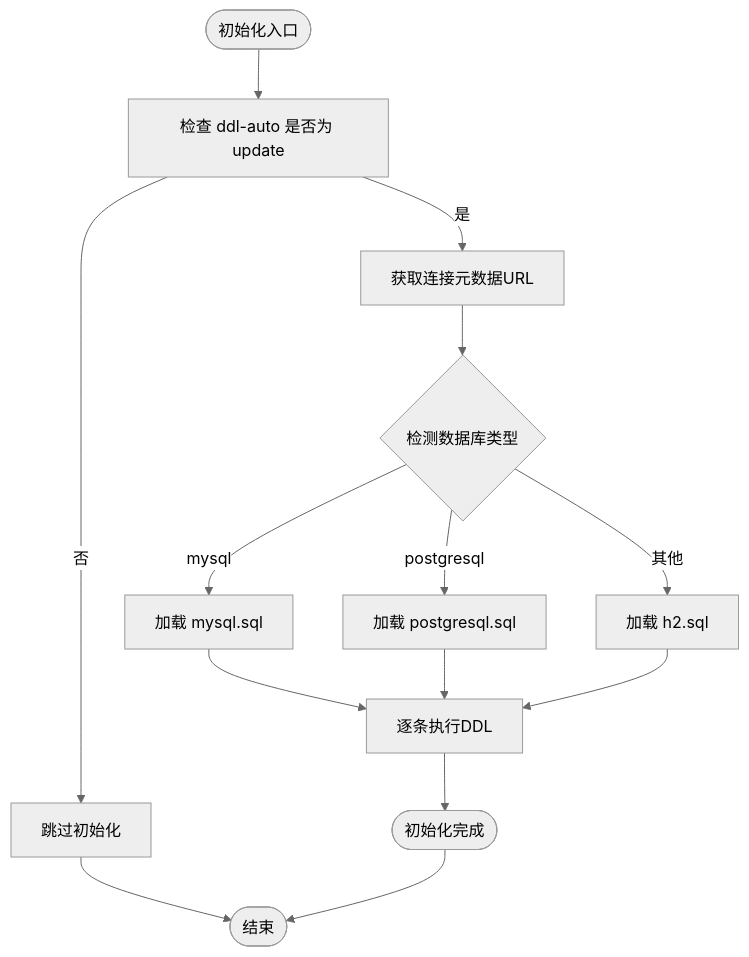
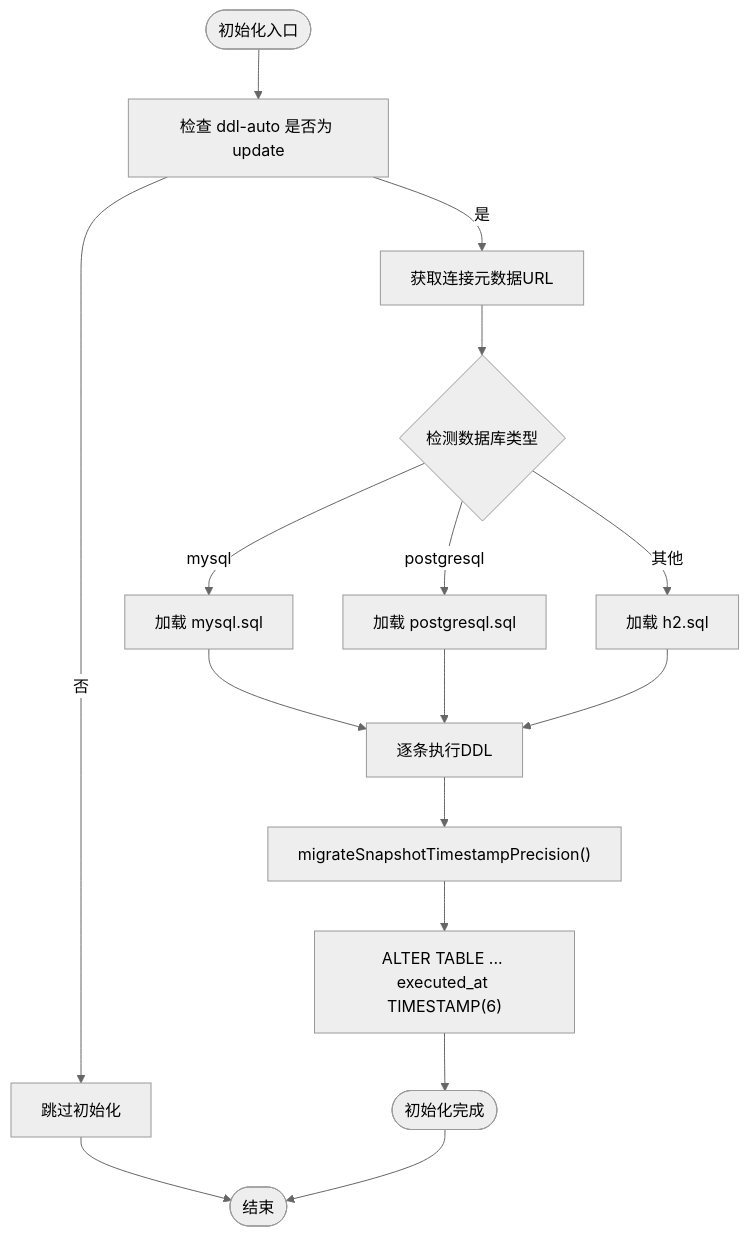
Before and after one commit to xiaoche80s-tech/state-machine-parent: the third of 5 diagrams in .qoder/repowiki/zh/content/持久化层/多数据库支持.md, drawn with Mermaid (neutral theme). The commit also changed other lines of this file and 17 other files, not shown here.

````diff
--- a/.qoder/repowiki/zh/content/持久化层/多数据库支持.md
+++ b/.qoder/repowiki/zh/content/持久化层/多数据库支持.md
@@ -141,16 +143,18 @@
 ```mermaid
 flowchart TD
 Start(["初始化入口"]) --> CheckDdlAuto["检查 ddl-auto 是否为 update"]
 CheckDdlAuto --> |否| Skip["跳过初始化"]
 CheckDdlAuto --> |是| GetMeta["获取连接元数据URL"]
 GetMeta --> DetectDB{"检测数据库类型"}
 DetectDB --> |mysql| LoadMysql["加载 mysql.sql"]
 DetectDB --> |postgresql| LoadPg["加载 postgresql.sql"]
 DetectDB --> |其他| LoadH2["加载 h2.sql"]
 LoadMysql --> ExecDDL["逐条执行DDL"]
 LoadPg --> ExecDDL
 LoadH2 --> ExecDDL
-ExecDDL --> Done(["初始化完成"])
+ExecDDL --> MigrateTS["migrateSnapshotTimestampPrecision()"]
+MigrateTS --> AlterTable["ALTER TABLE ... executed_at TIMESTAMP(6)"]
+AlterTable --> Done(["初始化完成"])
 Skip --> End(["结束"])
 Done --> End
 ```
````
